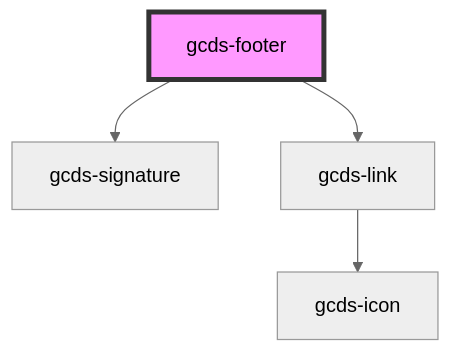
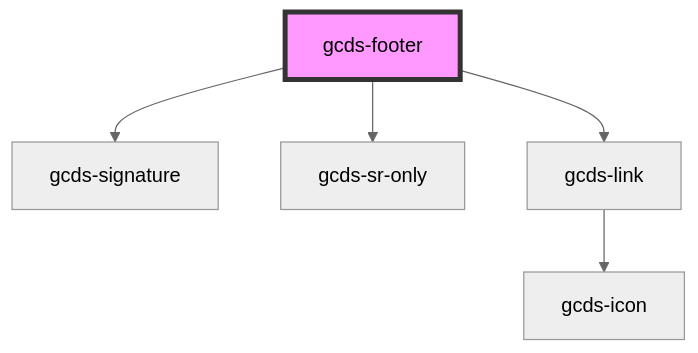
Before and after one commit to cds-snc/gcds-components: the diagram in packages/web/src/components/gcds-footer/readme.md, drawn with Mermaid (neutral theme). The commit also changed other lines of this file and 11 other files, not shown here.

````diff
--- a/packages/web/src/components/gcds-footer/readme.md
+++ b/packages/web/src/components/gcds-footer/readme.md
@@ -27,7 +28,8 @@
 ```mermaid
 graph TD;
   gcds-footer --> gcds-signature
+  gcds-footer --> gcds-sr-only
   gcds-footer --> gcds-link
   gcds-link --> gcds-icon
   style gcds-footer fill:#f9f,stroke:#333,stroke-width:4px
 ```
````
